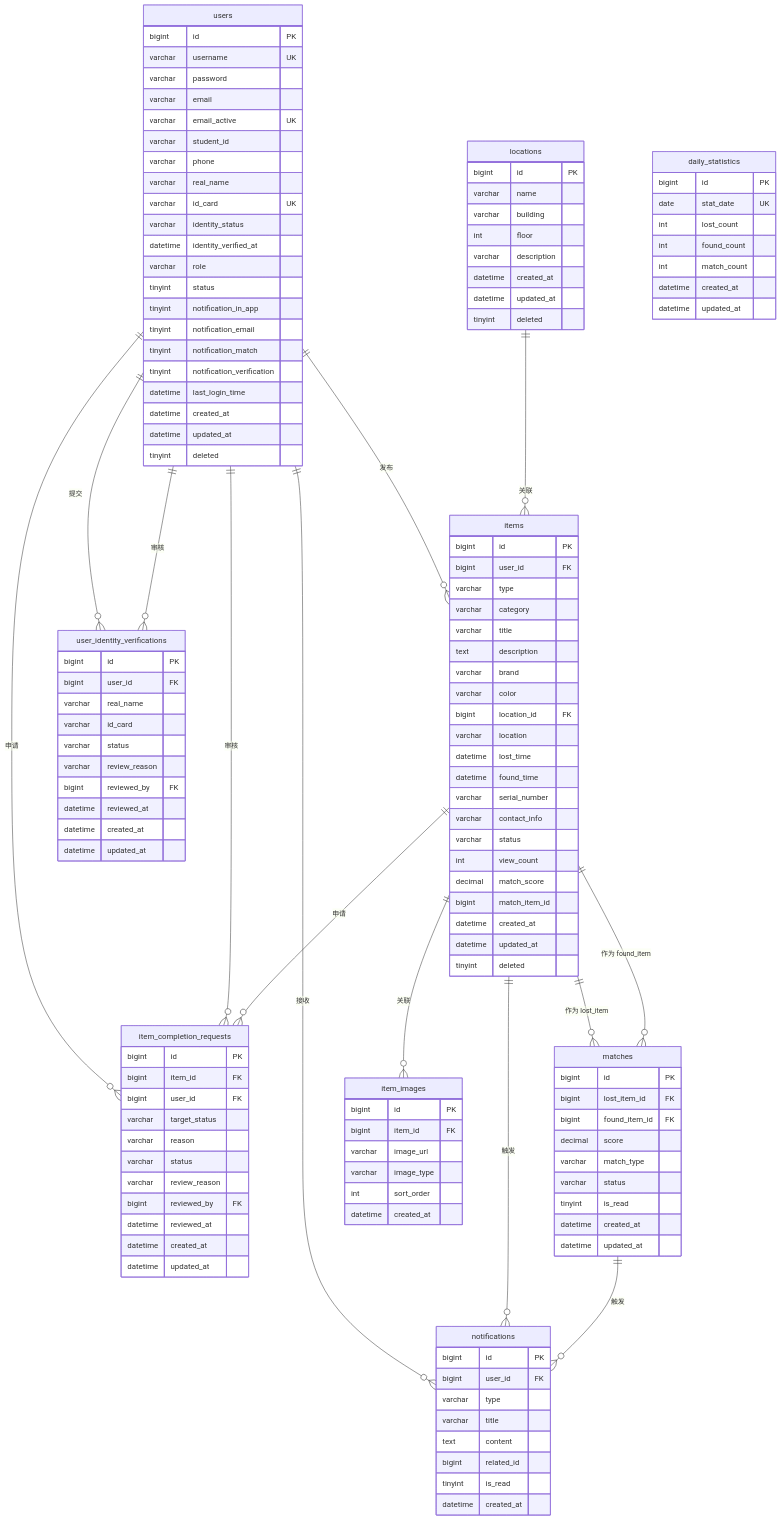
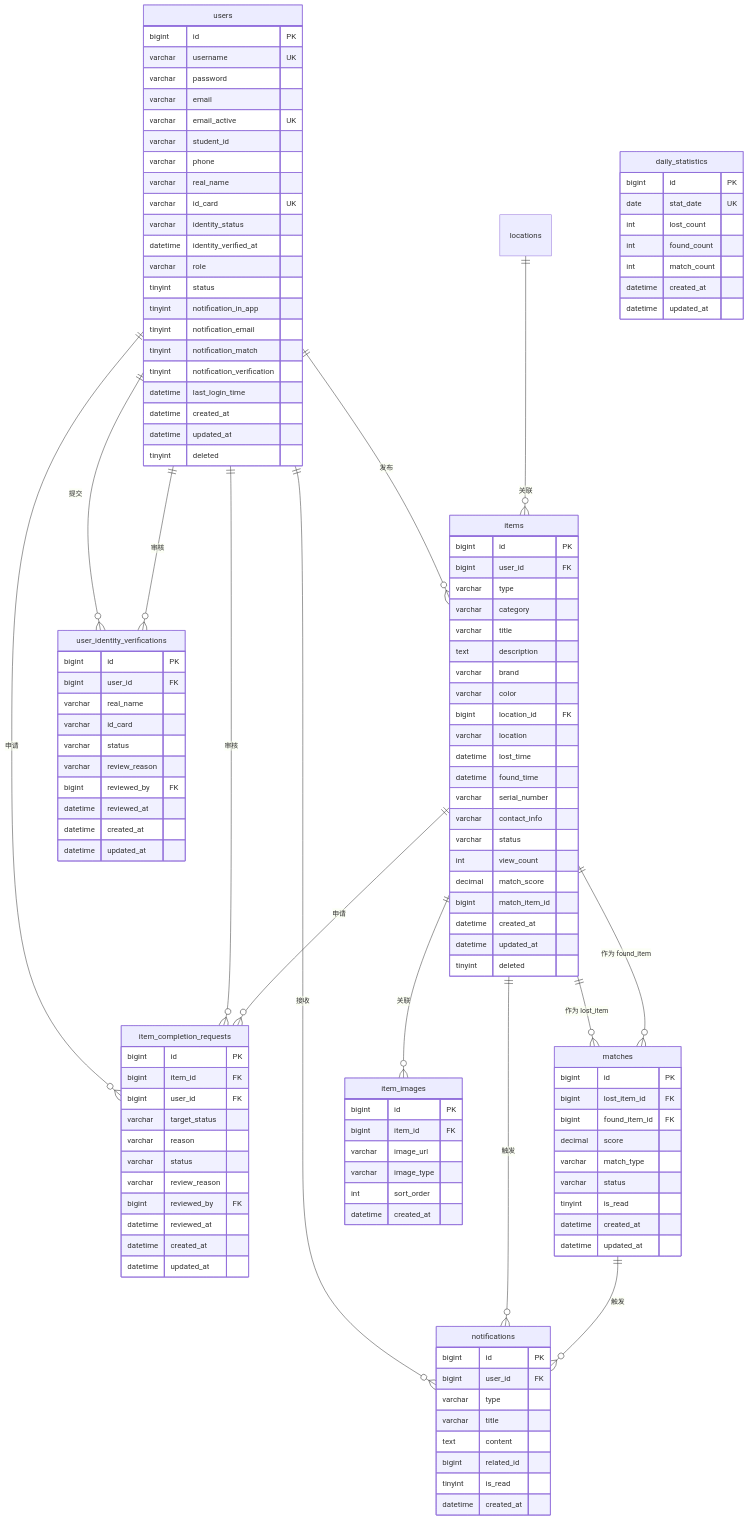
One commit to zwj-3193655211/campus-LostandFound changed the diagram in docs/数据库设计.md. Above: the diagram before and after it, drawn with Mermaid. The commit also changed other lines of this file and 7 other files, not shown here.

```diff
--- a/docs/数据库设计.md
+++ b/docs/数据库设计.md
@@ -326,17 +305,6 @@
         datetime created_at
     }
 
-    locations {
-        bigint id PK
-        varchar name
-        varchar building
-        int floor
-        varchar description
-        datetime created_at
-        datetime updated_at
-        tinyint deleted
-    }
-
     item_images {
         bigint id PK
         bigint item_id FK
```
